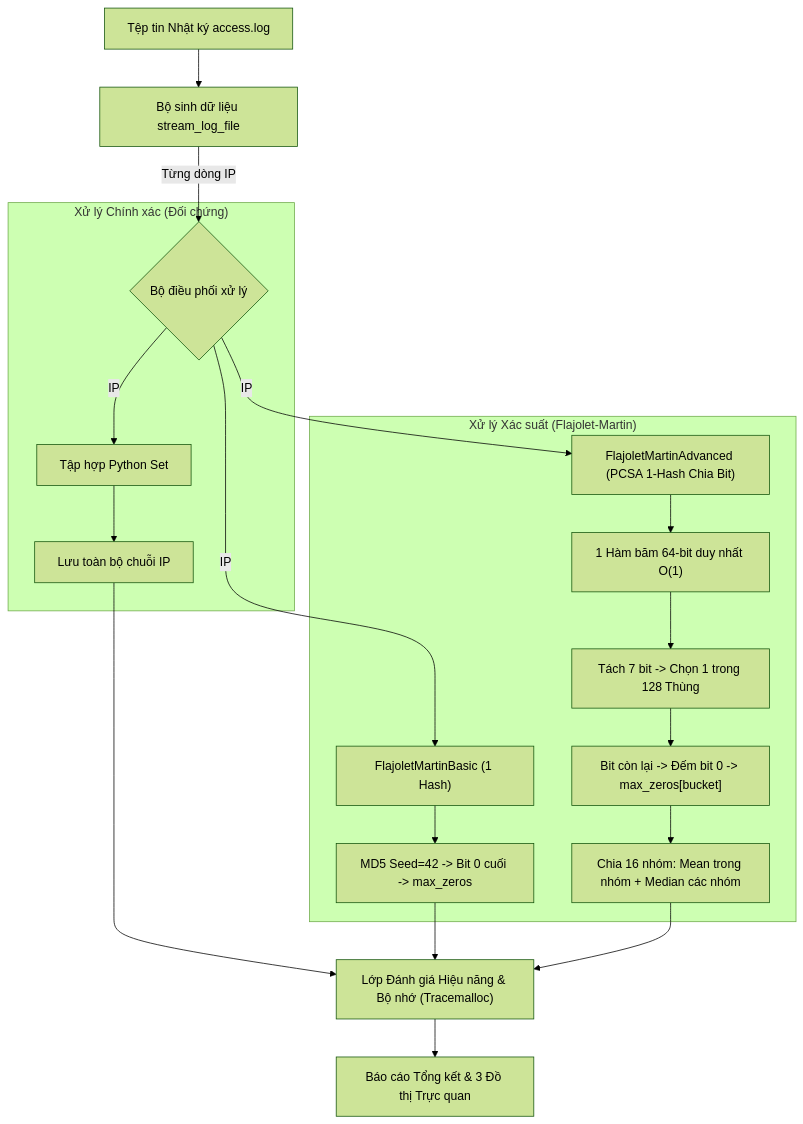
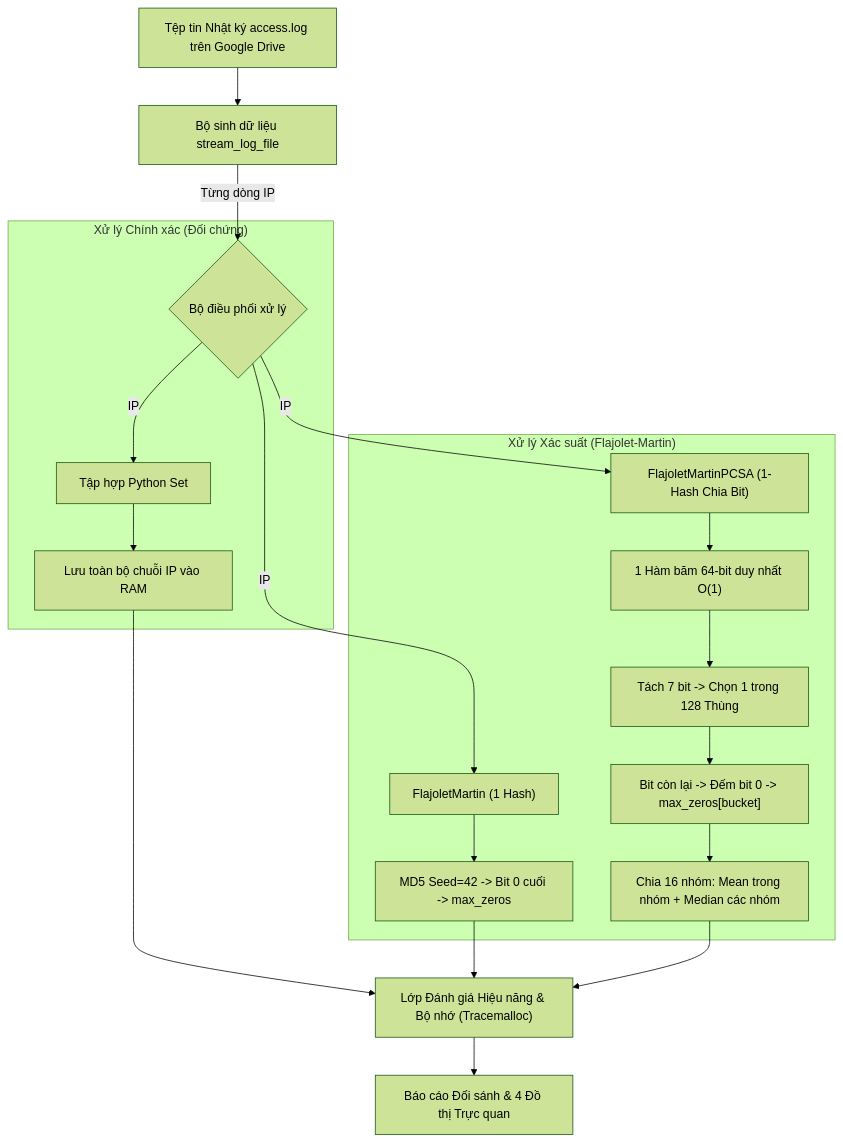
One commit to CodeingOver/ProjectXuLyDuLieuLon changed the first of 3 diagrams in docs/architecture.md. Above: the diagram before and after it, drawn with Mermaid (forest theme). The commit also changed other lines of this file and 5 other files, not shown here.

Commit message:
refactor: restructure FM notebooks and add architecture and changelog documentation

````diff
--- a/docs/architecture.md
+++ b/docs/architecture.md
@@ -93,26 +90,26 @@
 ```mermaid
 graph TD
-    A["Tệp tin Nhật ký access.log"] --> B["Bộ sinh dữ liệu stream_log_file"]
+    A["Tệp tin Nhật ký access.log trên Google Drive"] --> B["Bộ sinh dữ liệu stream_log_file"]
     B -->|"Từng dòng IP"| C{"Bộ điều phối xử lý"}
     
     subgraph "Xử lý Chính xác (Đối chứng)"
         C -->|"IP"| D["Tập hợp Python Set"]
-        D --> D1["Lưu toàn bộ chuỗi IP"]
+        D --> D1["Lưu toàn bộ chuỗi IP vào RAM"]
     end
     
     subgraph "Xử lý Xác suất (Flajolet-Martin)"
-        C -->|"IP"| E["FlajoletMartinBasic (1 Hash)"]
+        C -->|"IP"| E["FlajoletMartin (1 Hash)"]
         E --> E1["MD5 Seed=42 -> Bit 0 cuối -> max_zeros"]
         
-        C -->|"IP"| F["FlajoletMartinAdvanced (PCSA 1-Hash Chia Bit)"]
+        C -->|"IP"| F["FlajoletMartinPCSA (1-Hash Chia Bit)"]
         F --> F1["1 Hàm băm 64-bit duy nhất O(1)"]
         F1 --> F2["Tách 7 bit -> Chọn 1 trong 128 Thùng"]
         F2 --> F3["Bit còn lại -> Đếm bit 0 -> max_zeros[bucket]"]
         F3 --> F4["Chia 16 nhóm: Mean trong nhóm + Median các nhóm"]
     end
     
     D1 --> G["Lớp Đánh giá Hiệu năng & Bộ nhớ (Tracemalloc)"]
     E1 --> G
     F4 --> G
-    G --> H["Báo cáo Tổng kết & 3 Đồ thị Trực quan"]
+    G --> H["Báo cáo Đối sánh & 4 Đồ thị Trực quan"]
 ```
````
